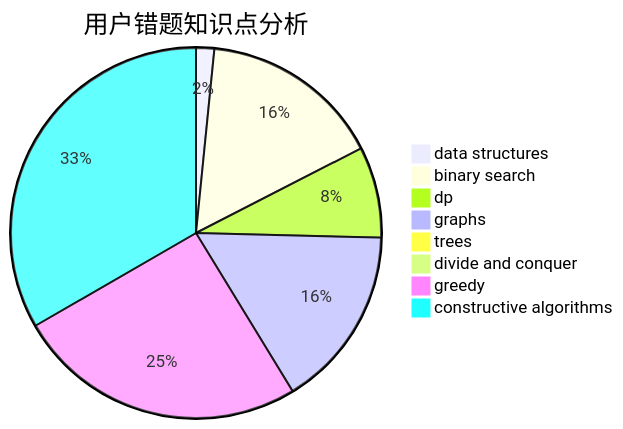
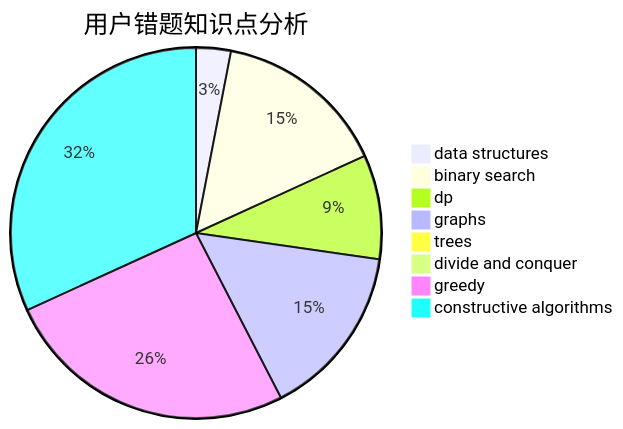
The third of 3 diagrams in docs/user/u878.md (sherpahu/cfrs.github.io), drawn with Mermaid before and after one commit. The commit also changed other lines of this file and 2770 other files, not shown here.

````diff
--- a/docs/user/u878.md
+++ b/docs/user/u878.md
@@ -36,11 +36,11 @@
 ```mermaid
 pie title 用户错题知识点分析
-    "data structures" :  1
+    "data structures" :  2
     "binary search" :  10
-    "dp" :  5
+    "dp" :  6
     "graphs" :  10
     "trees" :  0
     "divide and conquer" :  0
-    "greedy" :  16
+    "greedy" :  17
     "constructive algorithms" :  21
 ```
````
